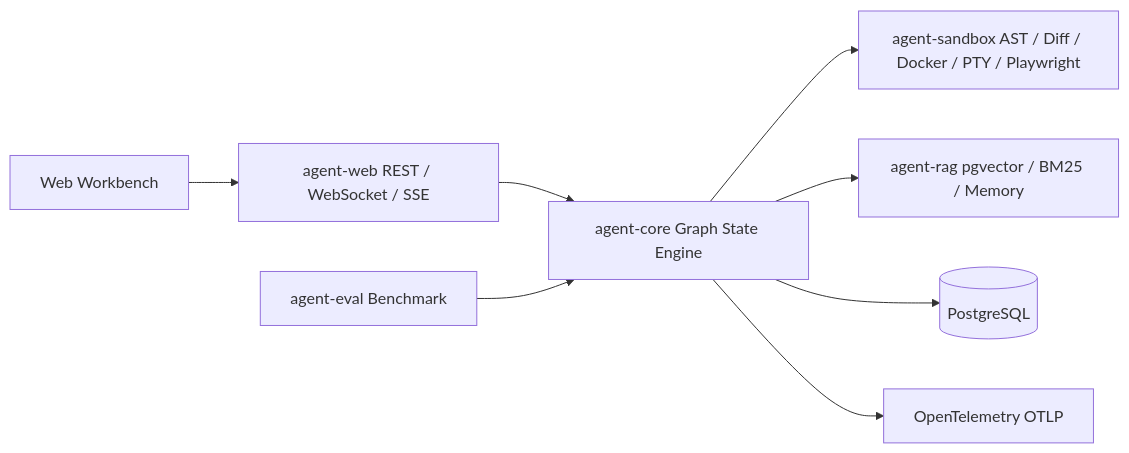
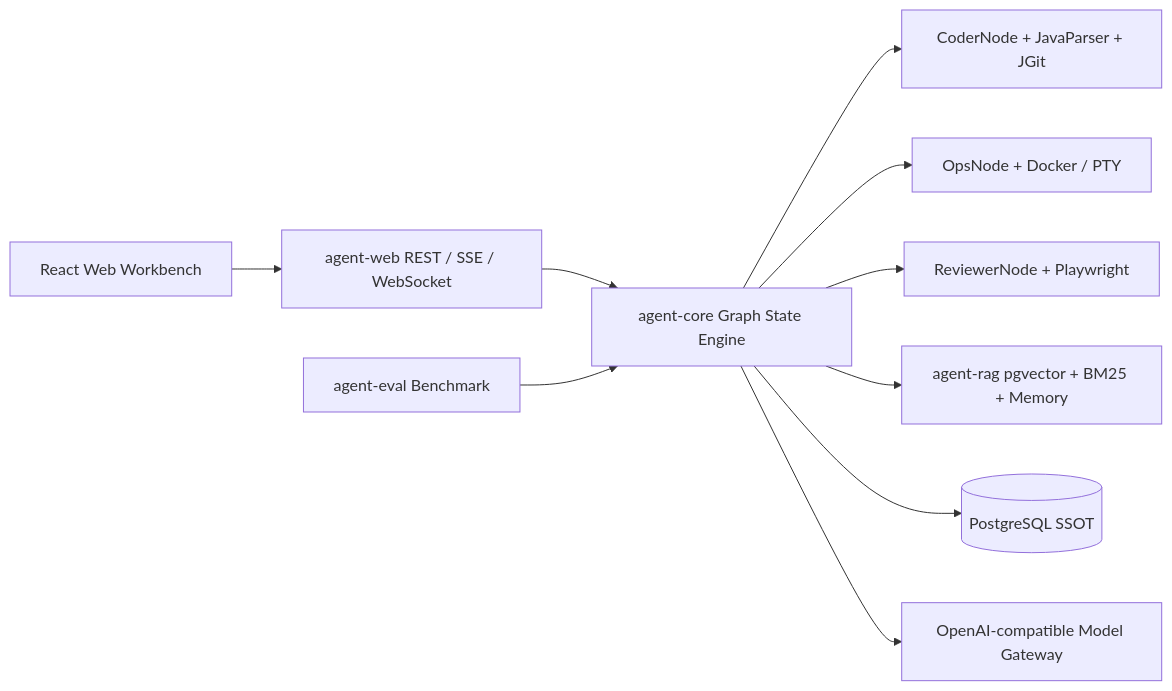
The diagram in README.md (XXXXXTTTTT/agent4j), drawn with Mermaid before and after one commit. The commit also changed other lines of this file and 10 other files, not shown here.

````diff
--- a/README.md
+++ b/README.md
@@ -22,10 +72,12 @@
 ```mermaid
 flowchart LR
-    UI[Web Workbench] --> API[agent-web REST / WebSocket / SSE]
+    UI[React Web Workbench] --> API[agent-web REST / SSE / WebSocket]
     API --> CORE[agent-core Graph State Engine]
-    CORE --> SANDBOX[agent-sandbox AST / Diff / Docker / PTY / Playwright]
-    CORE --> RAG[agent-rag pgvector / BM25 / Memory]
-    CORE --> DB[(PostgreSQL)]
-    CORE --> OTEL[OpenTelemetry OTLP]
+    CORE --> CODE[CoderNode + JavaParser + JGit]
+    CORE --> OPS[OpsNode + Docker / PTY]
+    CORE --> GUI[ReviewerNode + Playwright]
+    CORE --> RAG[agent-rag pgvector + BM25 + Memory]
+    CORE --> DB[(PostgreSQL SSOT)]
+    CORE --> LLM[OpenAI-compatible Model Gateway]
     EVAL[agent-eval Benchmark] --> CORE
 ```
````
